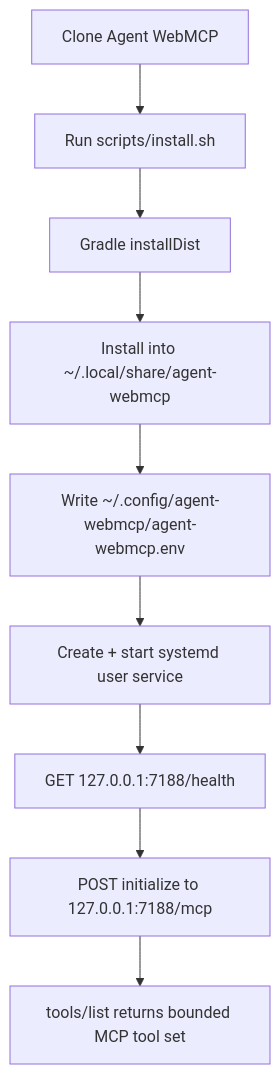
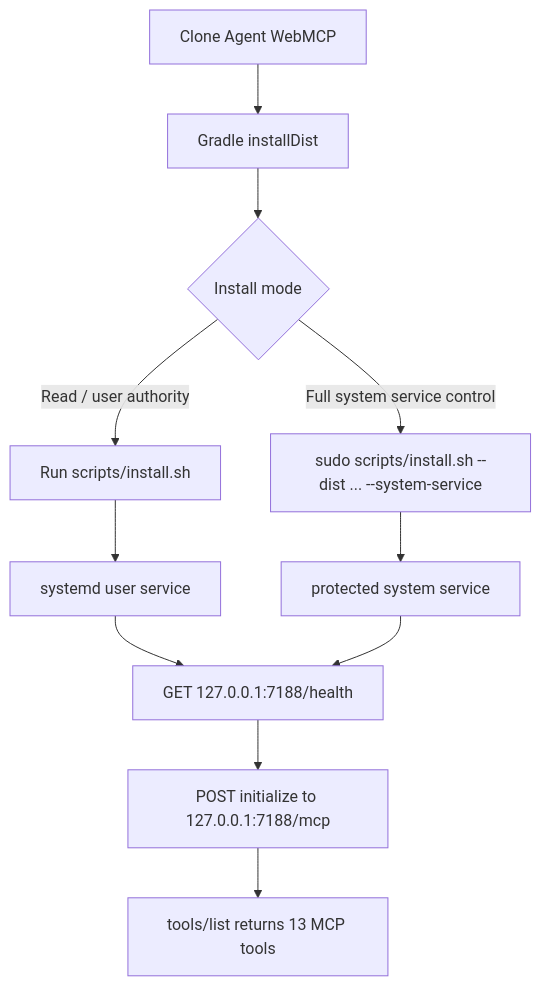
Before and after one commit to tjXJNOOBIE/agent-webmcp: the third of 7 diagrams in README.md, drawn with Mermaid. The commit also changed other lines of this file and 43 other files, not shown here.

First line of the commit message:
Added: Manage service fleet and agent jobs

````diff
--- a/README.md
+++ b/README.md
@@ -114,11 +158,13 @@
 ```mermaid
 flowchart TD
-    Clone[Clone Agent WebMCP] --> Install[Run scripts/install.sh]
-    Install --> Build[Gradle installDist]
-    Build --> Copy[Install into ~/.local/share/agent-webmcp]
-    Copy --> Config[Write ~/.config/agent-webmcp/agent-webmcp.env]
-    Config --> Service[Create + start systemd user service]
-    Service --> Health[GET 127.0.0.1:7188/health]
+    Clone[Clone Agent WebMCP] --> Build[Gradle installDist]
+    Build --> Mode{Install mode}
+    Mode -->|Read / user authority| User[Run scripts/install.sh]
+    Mode -->|Full system service control| System[sudo scripts/install.sh --dist ... --system-service]
+    User --> UserSvc[systemd user service]
+    System --> SystemSvc[protected system service]
+    UserSvc --> Health[GET 127.0.0.1:7188/health]
+    SystemSvc --> Health
     Health --> MCPInit[POST initialize to 127.0.0.1:7188/mcp]
-    MCPInit --> Tools[tools/list returns bounded MCP tool set]
+    MCPInit --> Tools[tools/list returns 13 MCP tools]
 ```
````
